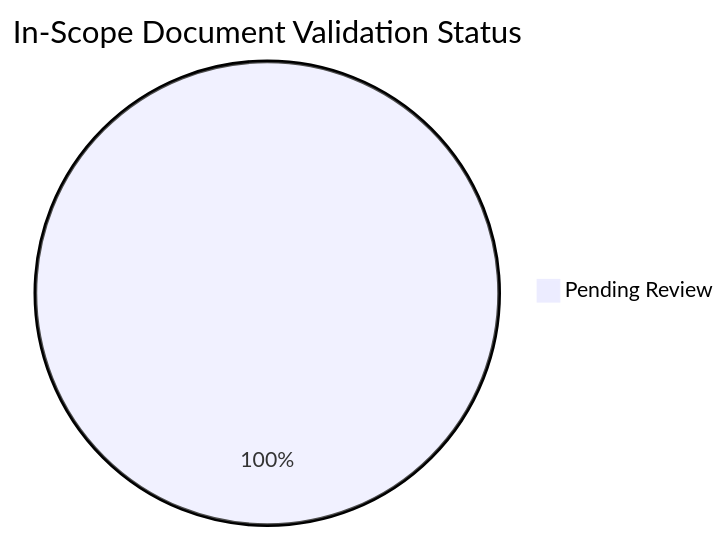
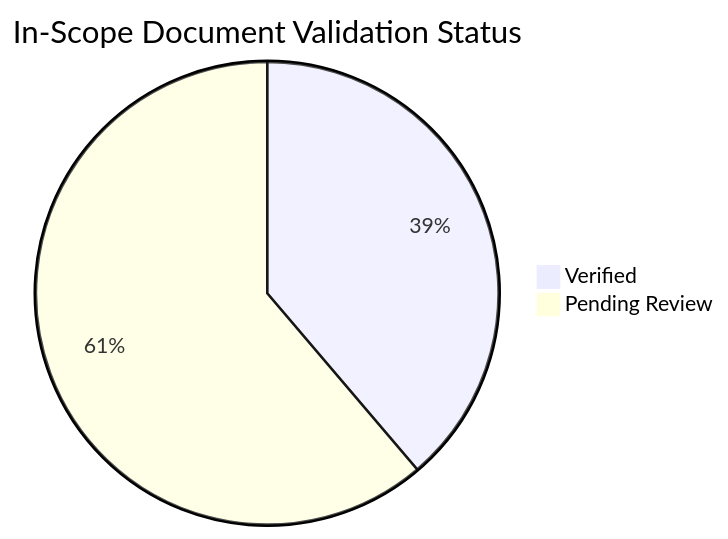
The diagram in docs/reference/content-validation-status.md (yeongseon/azure-storage-practical-guide), drawn with Mermaid before and after one commit. The commit also changed other lines of this file and 10 other files, not shown here.

````diff
--- a/docs/reference/content-validation-status.md
+++ b/docs/reference/content-validation-status.md
@@ -29,4 +29,5 @@
 ```mermaid
 pie title In-Scope Document Validation Status
-    "Pending Review" : 49
+    "Verified" : 19
+    "Pending Review" : 30
 ```
````
